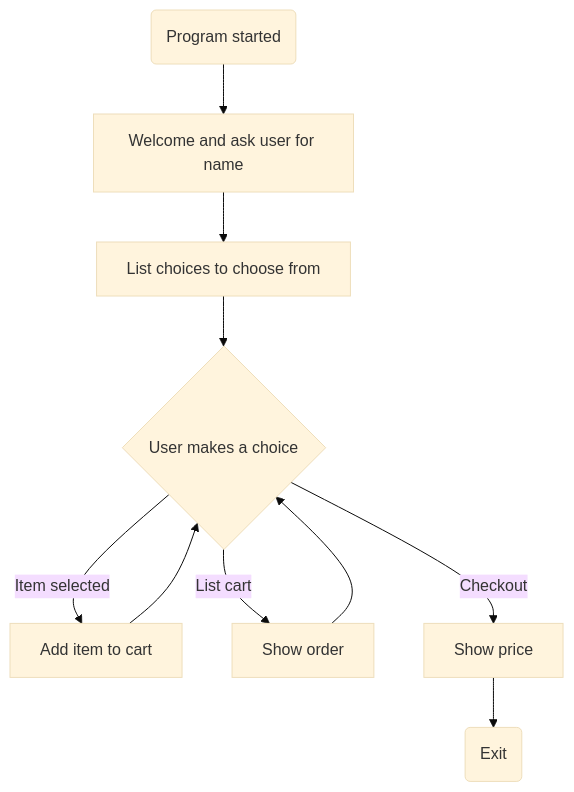
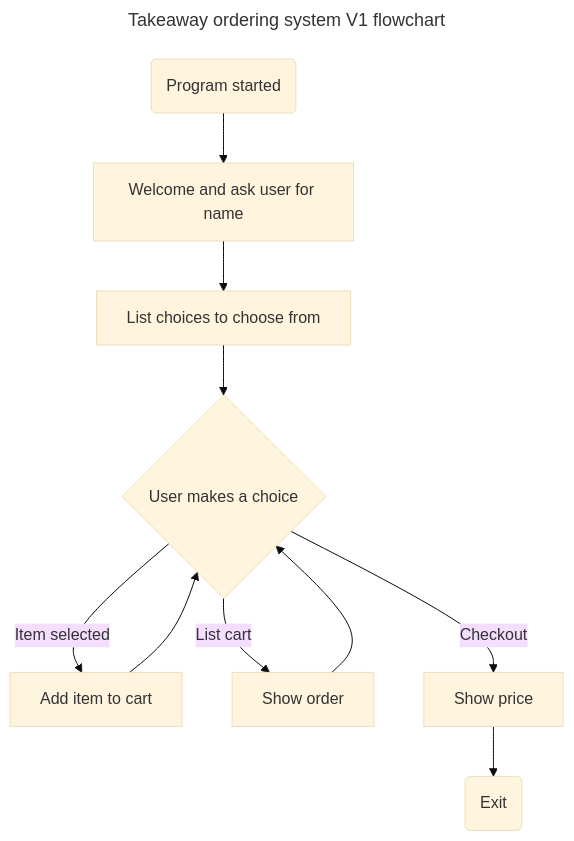
The diagram in docs/v1/flow.md (edr-lee/91906-91907-takeaway-ordering-system), drawn with Mermaid (base theme) before and after one commit. The commit also changed 3 other files, not shown here.

Commit message:
Add v2, v3 diagrams

````diff
--- a/docs/v1/flow.md
+++ b/docs/v1/flow.md
@@ -1,10 +1,14 @@
 ```mermaid
+---
+title: Takeaway ordering system V1 flowchart
+---
+
 flowchart TD
   start(Program started) -->
   name[Welcome and ask user for name] -->
   list[List choices to choose from] -->
   user_choice{User makes a choice}
   user_choice -->|Item selected| add_to_cart[Add item to cart] --> user_choice
   user_choice -->|List cart| print_order[Show order] --> user_choice
   user_choice -->|Checkout| print_price[Show price] --> exit(Exit)
 ```
````
